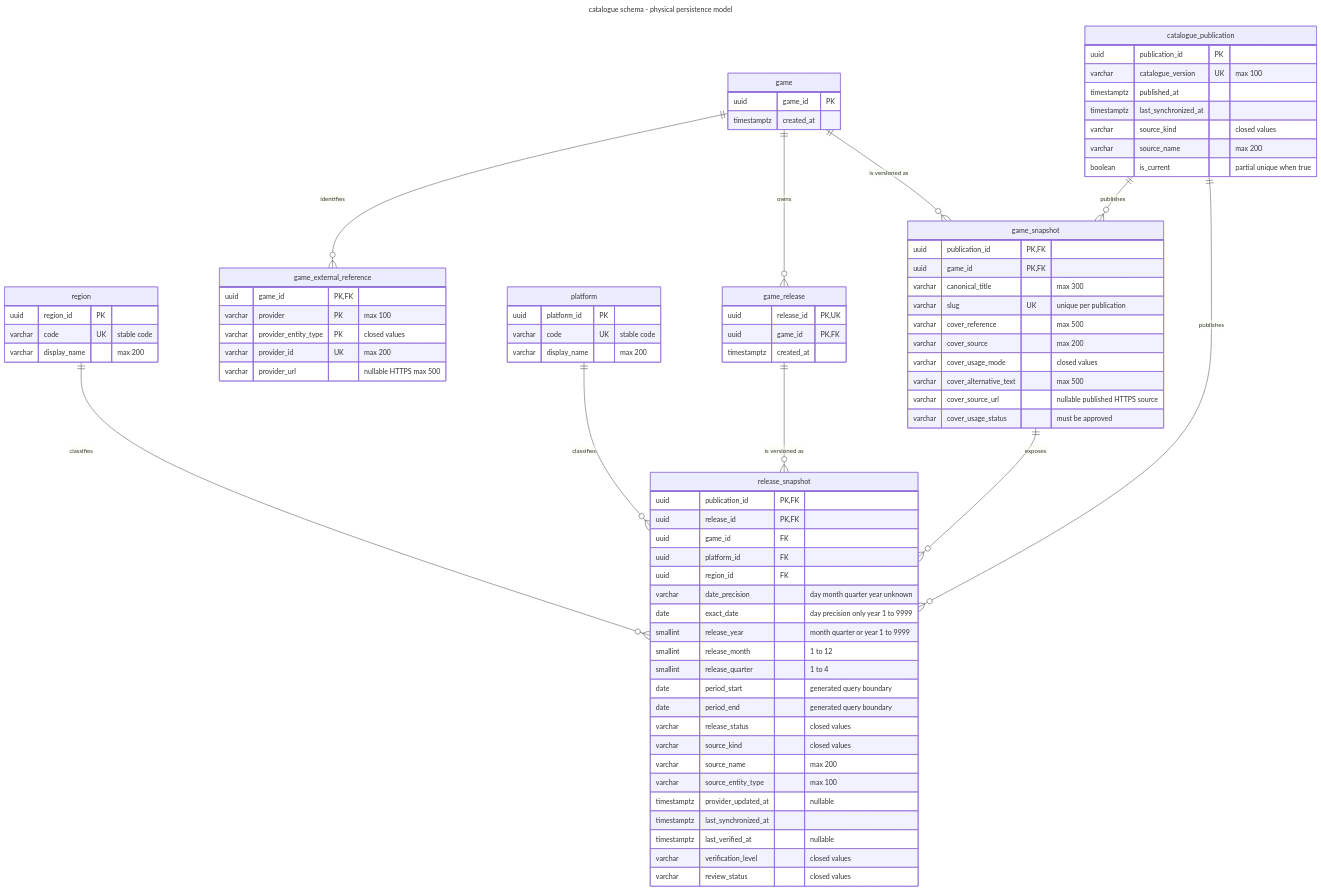
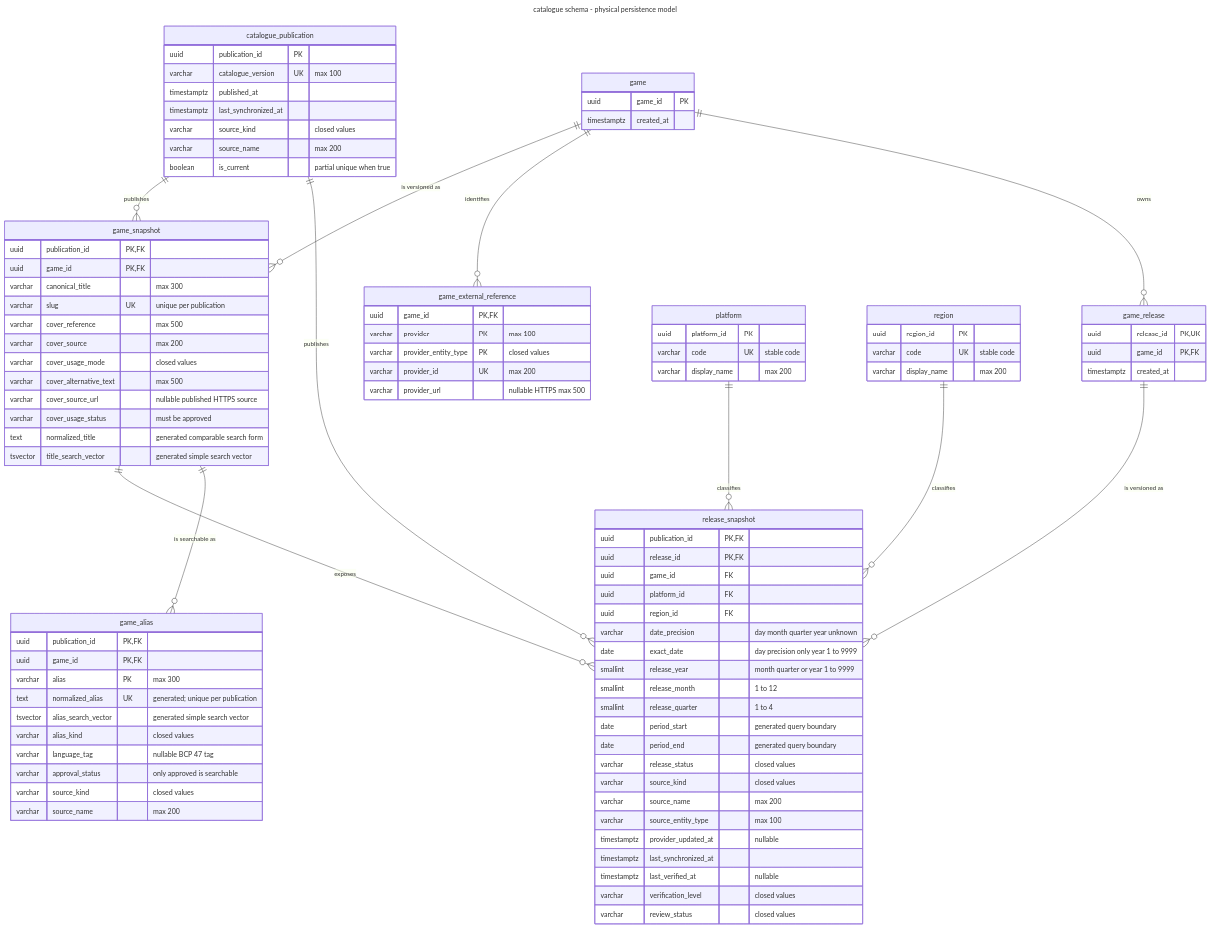
Before and after one commit to rubhern/videogame-platform: the diagram in docs/architecture/diagrams/mermaid/catalogue-persistence-model.mmd, drawn with Mermaid. The commit also changed 144 other files, not shown here.

```diff
--- a/docs/architecture/diagrams/mermaid/catalogue-persistence-model.mmd
+++ b/docs/architecture/diagrams/mermaid/catalogue-persistence-model.mmd
@@ -1,94 +1,110 @@
 ---
 title: catalogue schema - physical persistence model
 ---
 %% Physical communication view for the module-owned catalogue schema.
 %% Executable authority: backend/src/main/resources/db/migration/.
 %% Decision context: docs/development/database-migrations.md.
 erDiagram
     catalogue_publication ||--o{ game_snapshot : publishes
     game ||--o{ game_snapshot : "is versioned as"
     game ||--o{ game_external_reference : identifies
     game ||--o{ game_release : owns
     catalogue_publication ||--o{ release_snapshot : publishes
     game_snapshot ||--o{ release_snapshot : exposes
+    game_snapshot ||--o{ game_alias : "is searchable as"
     game_release ||--o{ release_snapshot : "is versioned as"
     platform ||--o{ release_snapshot : classifies
     region ||--o{ release_snapshot : classifies
 
     catalogue_publication {
         uuid publication_id PK
         varchar catalogue_version UK "max 100"
         timestamptz published_at
         timestamptz last_synchronized_at
         varchar source_kind "closed values"
         varchar source_name "max 200"
         boolean is_current "partial unique when true"
     }
 
     game {
         uuid game_id PK
         timestamptz created_at
     }
 
     game_snapshot {
         uuid publication_id PK,FK
         uuid game_id PK,FK
         varchar canonical_title "max 300"
         varchar slug UK "unique per publication"
         varchar cover_reference "max 500"
         varchar cover_source "max 200"
         varchar cover_usage_mode "closed values"
         varchar cover_alternative_text "max 500"
         varchar cover_source_url "nullable published HTTPS source"
         varchar cover_usage_status "must be approved"
+        text normalized_title "generated comparable search form"
+        tsvector title_search_vector "generated simple search vector"
+    }
+
+    game_alias {
+        uuid publication_id PK,FK
+        uuid game_id PK,FK
+        varchar alias PK "max 300"
+        text normalized_alias UK "generated; unique per publication"
+        tsvector alias_search_vector "generated simple search vector"
+        varchar alias_kind "closed values"
+        varchar language_tag "nullable BCP 47 tag"
+        varchar approval_status "only approved is searchable"
+        varchar source_kind "closed values"
+        varchar source_name "max 200"
     }
 
     game_external_reference {
         uuid game_id PK,FK
         varchar provider PK "max 100"
         varchar provider_entity_type PK "closed values"
         varchar provider_id UK "max 200"
         varchar provider_url "nullable HTTPS max 500"
     }
 
     platform {
         uuid platform_id PK
         varchar code UK "stable code"
         varchar display_name "max 200"
     }
 
     region {
         uuid region_id PK
         varchar code UK "stable code"
         varchar display_name "max 200"
     }
 
     game_release {
         uuid release_id PK,UK
         uuid game_id PK,FK
         timestamptz created_at
     }
 
     release_snapshot {
         uuid publication_id PK,FK
         uuid release_id PK,FK
         uuid game_id FK
         uuid platform_id FK
         uuid region_id FK
         varchar date_precision "day month quarter year unknown"
         date exact_date "day precision only year 1 to 9999"
         smallint release_year "month quarter or year 1 to 9999"
         smallint release_month "1 to 12"
         smallint release_quarter "1 to 4"
         date period_start "generated query boundary"
         date period_end "generated query boundary"
         varchar release_status "closed values"
         varchar source_kind "closed values"
         varchar source_name "max 200"
         varchar source_entity_type "max 100"
         timestamptz provider_updated_at "nullable"
         timestamptz last_synchronized_at
         timestamptz last_verified_at "nullable"
         varchar verification_level "closed values"
         varchar review_status "closed values"
     }
```
